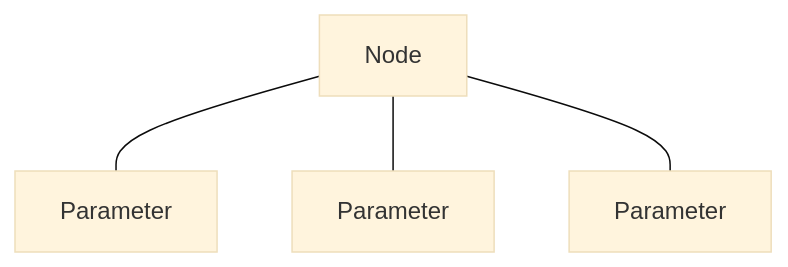
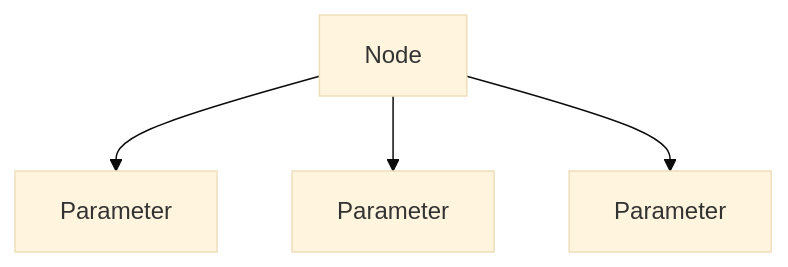
The third of 3 diagrams in docs/plans/data-structure.md (sfambach/wp-taxonomy-modeler), drawn with Mermaid (base theme) before and after one commit. The commit also changed other lines of this file and 6 other files, not shown here.

````diff
--- a/docs/plans/data-structure.md
+++ b/docs/plans/data-structure.md
@@ -152,6 +166,6 @@
 ```mermaid
 flowchart TB
-  N[Node] --- P1[Parameter]
-  N --- P2[Parameter]
-  N --- P3[Parameter]
+  N[Node] --> P1[Parameter]
+  N --> P2[Parameter]
+  N --> P3[Parameter]
 ```
````
